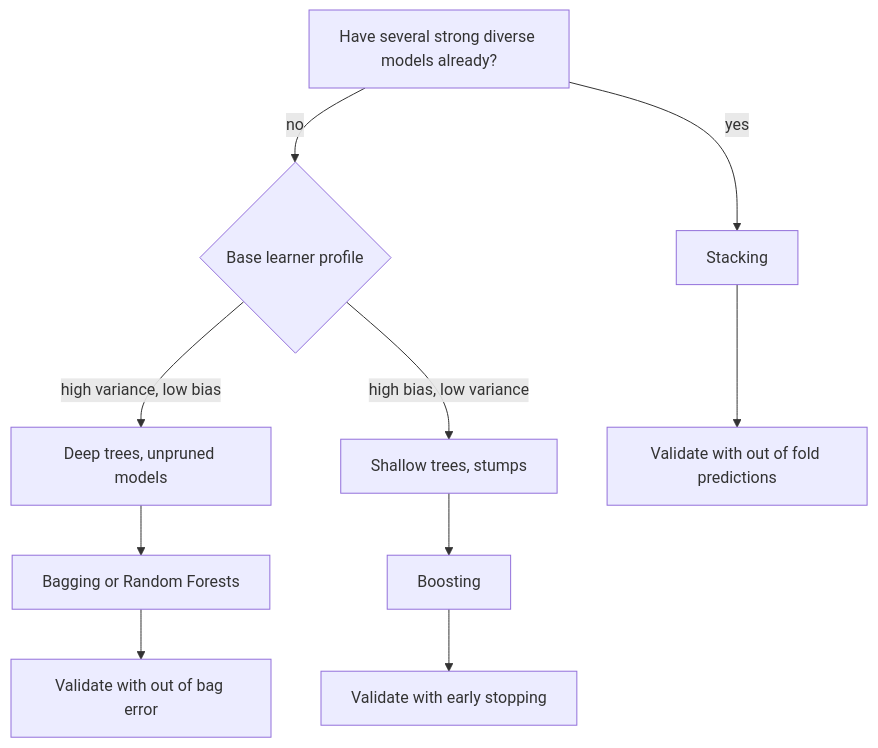
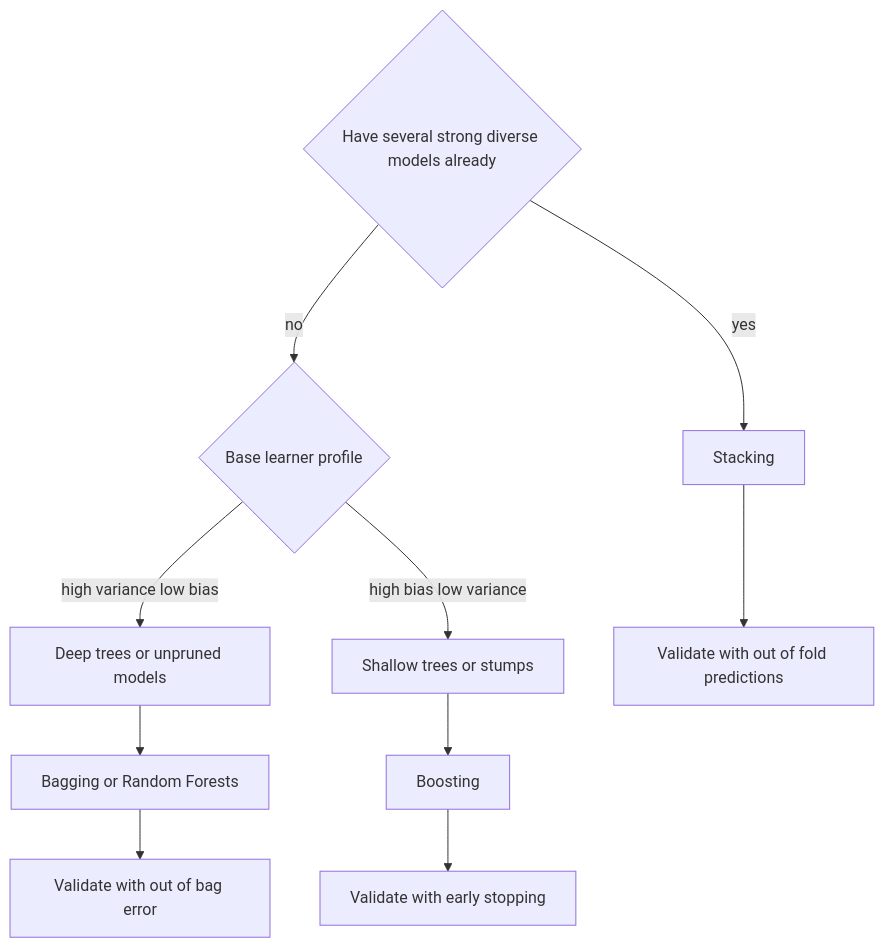
Before and after one commit to mikenguyen13/ai_in_action: the second of 2 diagrams in 100-ensemble-methods-principles.qmd, drawn with Mermaid. The commit also changed other lines of this file and 52 other files, not shown here.

Commit message:
Fix Mermaid rendering in 22 chapters: remove ampersands and br tags from node labels, move detail to tables

````diff
--- a/100-ensemble-methods-principles.qmd
+++ b/100-ensemble-methods-principles.qmd
@@ -411,12 +413,12 @@
 ```{mermaid}
 flowchart TD
-    A[Have several strong diverse models already?] -->|yes| S[Stacking]
-    A -->|no| B{Base learner profile}
-    B -->|high variance, low bias| C[Deep trees, unpruned models]
-    B -->|high bias, low variance| D[Shallow trees, stumps]
-    C --> E[Bagging or Random Forests]
-    D --> F[Boosting]
-    E --> G[Validate with out of bag error]
-    F --> H[Validate with early stopping]
-    S --> I[Validate with out of fold predictions]
+    A{"Have several strong diverse models already"} -->|yes| S["Stacking"]
+    A -->|no| B{"Base learner profile"}
+    B -->|high variance low bias| C["Deep trees or unpruned models"]
+    B -->|high bias low variance| D["Shallow trees or stumps"]
+    C --> E["Bagging or Random Forests"]
+    D --> F["Boosting"]
+    E --> G["Validate with out of bag error"]
+    F --> H["Validate with early stopping"]
+    S --> I["Validate with out of fold predictions"]
 ```
````
